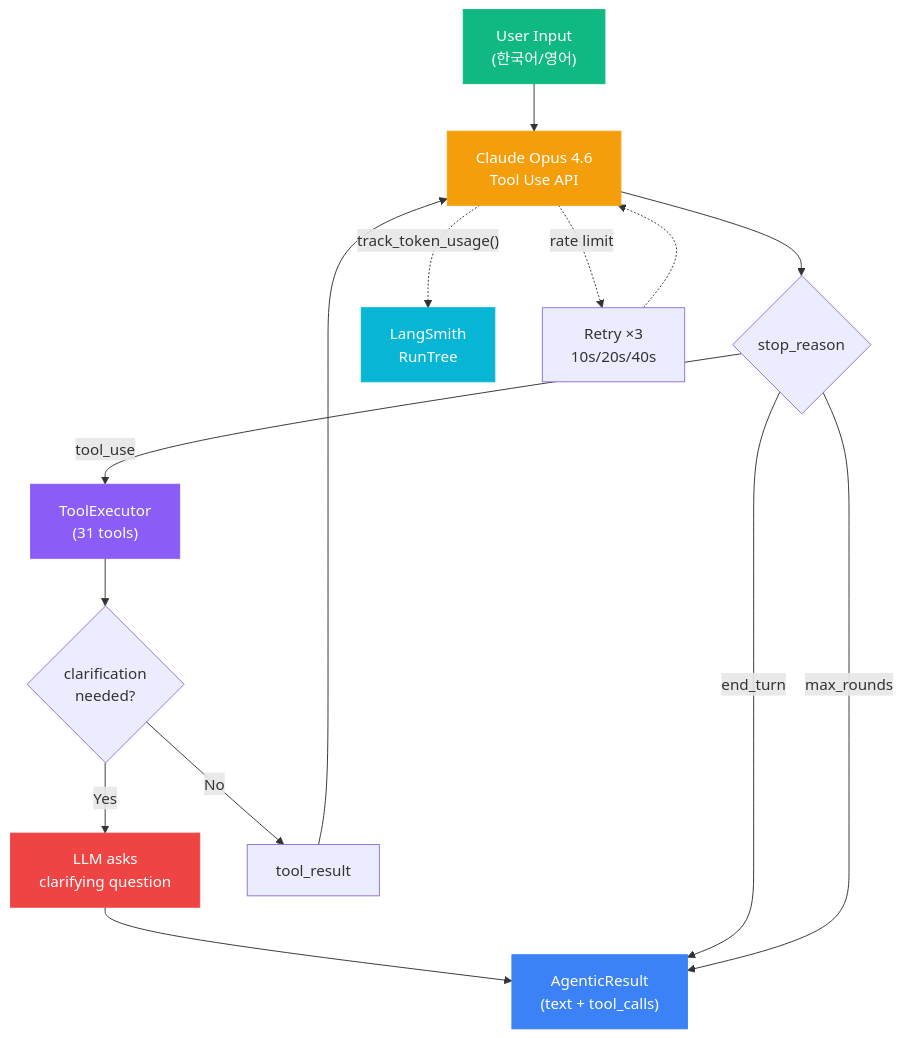
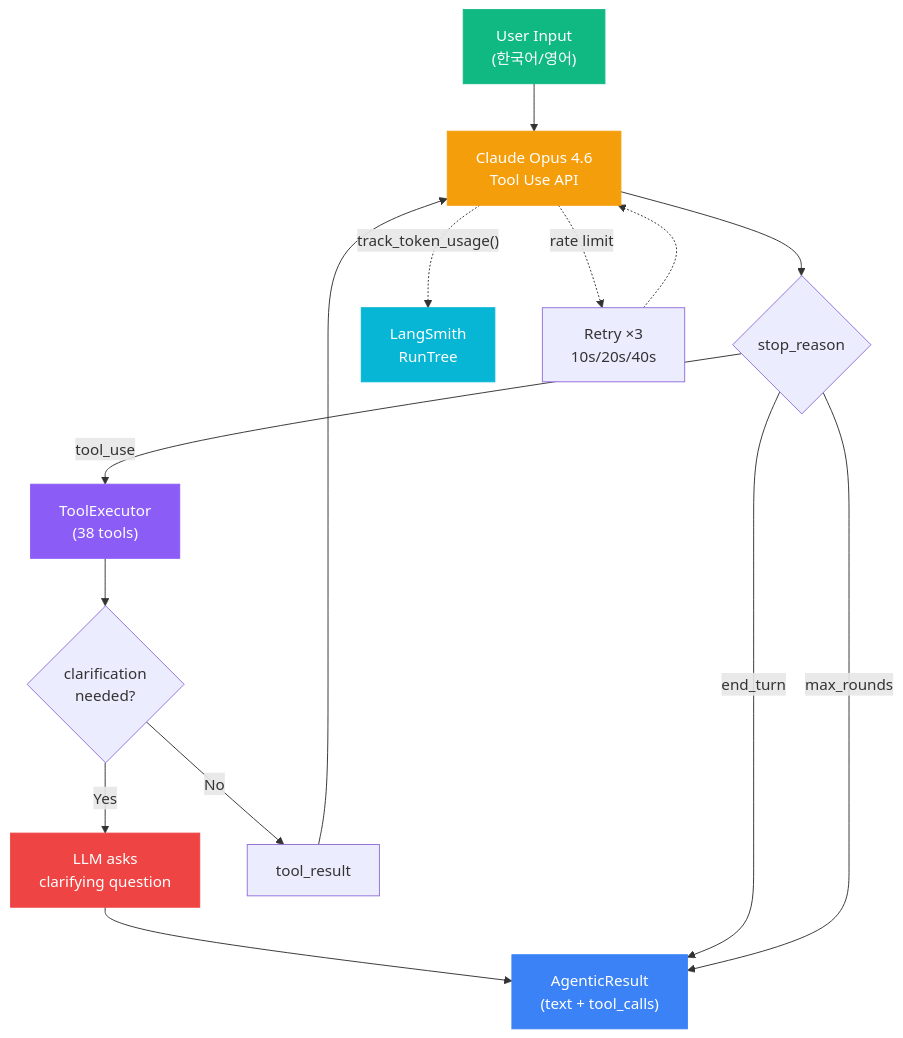
One commit to mangowhoiscloud/geode changed the third of 12 diagrams in README.md. Above: the diagram before and after it, drawn with Mermaid. The commit also changed other lines of this file and 13 other files, not shown here.

````diff
--- a/README.md
+++ b/README.md
@@ -168,24 +169,24 @@
 ```mermaid
 graph TB
     Input["User Input<br/>(한국어/영어)"] --> LLM["Claude Opus 4.6<br/>Tool Use API"]
     LLM --> Decision{stop_reason}
-    Decision -->|tool_use| Exec["ToolExecutor<br/>(31 tools)"]
+    Decision -->|tool_use| Exec["ToolExecutor<br/>(38 tools)"]
     Exec --> Check{clarification<br/>needed?}
     Check -->|Yes| Clarify["LLM asks<br/>clarifying question"]
     Clarify --> Output
     Check -->|No| Results["tool_result"]
     Results --> LLM
     Decision -->|end_turn| Output["AgenticResult<br/>(text + tool_calls)"]
     Decision -->|max_rounds| Output
 
     LLM -.->|"track_token_usage()"| LS["LangSmith<br/>RunTree"]
     LLM -.->|"rate limit"| Retry["Retry ×3<br/>10s/20s/40s"]
     Retry -.-> LLM
 
     style Input fill:#10b981,stroke:#10b981,color:#fff
     style Output fill:#3b82f6,stroke:#3b82f6,color:#fff
     style LLM fill:#f59e0b,stroke:#f59e0b,color:#fff
     style Exec fill:#8b5cf6,stroke:#8b5cf6,color:#fff
     style LS fill:#06b6d4,stroke:#06b6d4,color:#fff
     style Clarify fill:#ef4444,stroke:#ef4444,color:#fff
 ```
````
